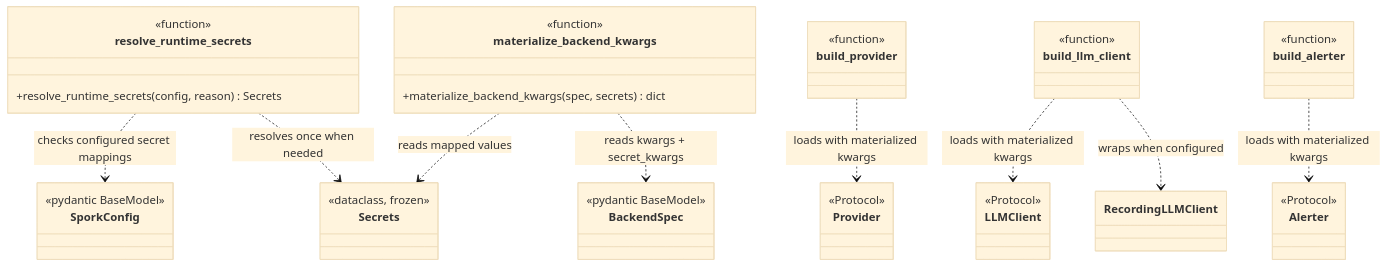
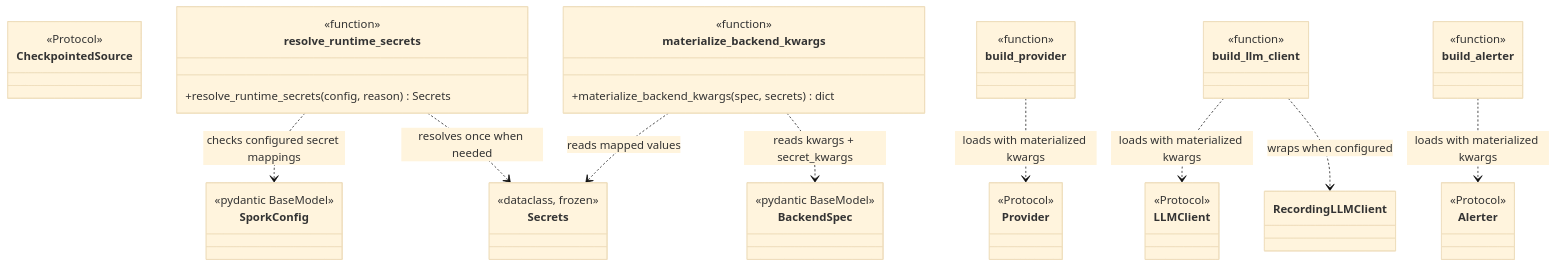
One commit to Stainless5166/friendly-octo-spork changed the fourth of 39 diagrams in docs/DESIGN.md. Above: the diagram before and after it, drawn with Mermaid (base theme). The commit also changed other lines of this file and 2 other files, not shown here.

````diff
--- a/docs/DESIGN.md
+++ b/docs/DESIGN.md
@@ -696,30 +696,31 @@
 ```mermaid
 classDiagram
     class BackendSpec { <<pydantic BaseModel>> }
     class SporkConfig { <<pydantic BaseModel>> }
     class Secrets { <<dataclass, frozen>> }
     class Provider { <<Protocol>> }
+    class CheckpointedSource { <<Protocol>> }
     class LLMClient { <<Protocol>> }
     class Alerter { <<Protocol>> }
     class RecordingLLMClient
     class resolve_runtime_secrets {
         <<function>>
         +resolve_runtime_secrets(config, reason) Secrets
     }
     class materialize_backend_kwargs {
         <<function>>
         +materialize_backend_kwargs(spec, secrets) dict
     }
     class build_provider { <<function>> }
     class build_llm_client { <<function>> }
     class build_alerter { <<function>> }
 
     resolve_runtime_secrets ..> SporkConfig : checks configured secret mappings
     resolve_runtime_secrets ..> Secrets : resolves once when needed
     materialize_backend_kwargs ..> BackendSpec : reads kwargs + secret_kwargs
     materialize_backend_kwargs ..> Secrets : reads mapped values
     build_provider ..> Provider : loads with materialized kwargs
     build_llm_client ..> LLMClient : loads with materialized kwargs
     build_llm_client ..> RecordingLLMClient : wraps when configured
     build_alerter ..> Alerter : loads with materialized kwargs
 ```
````
